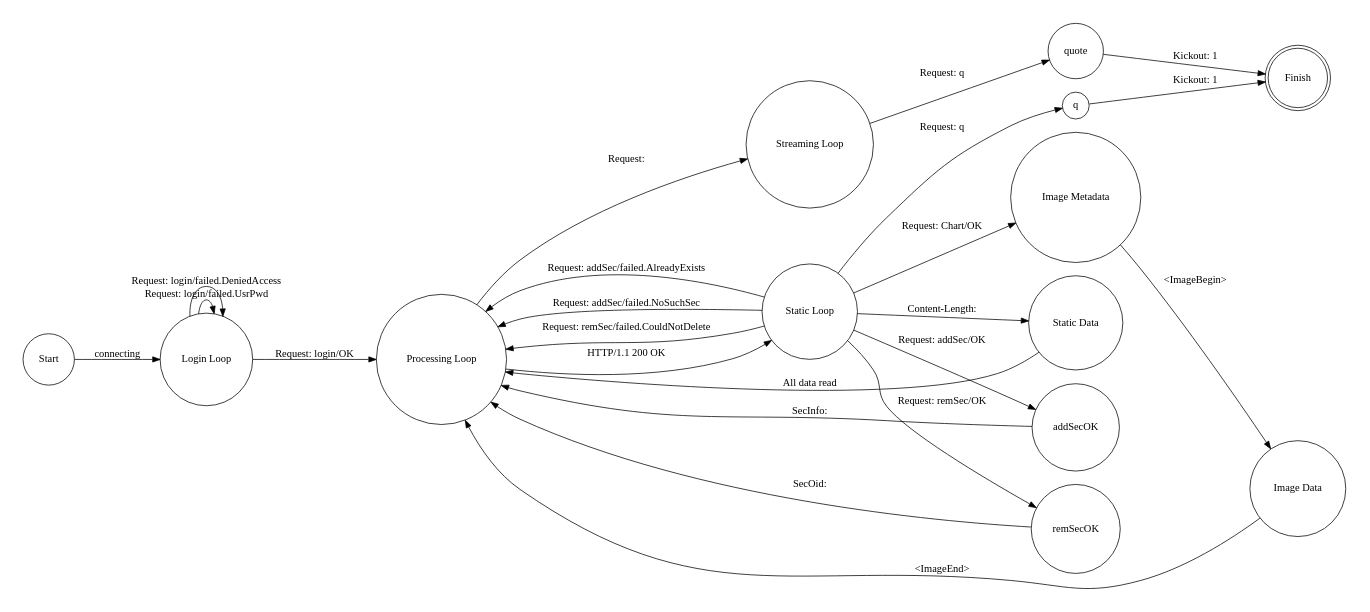
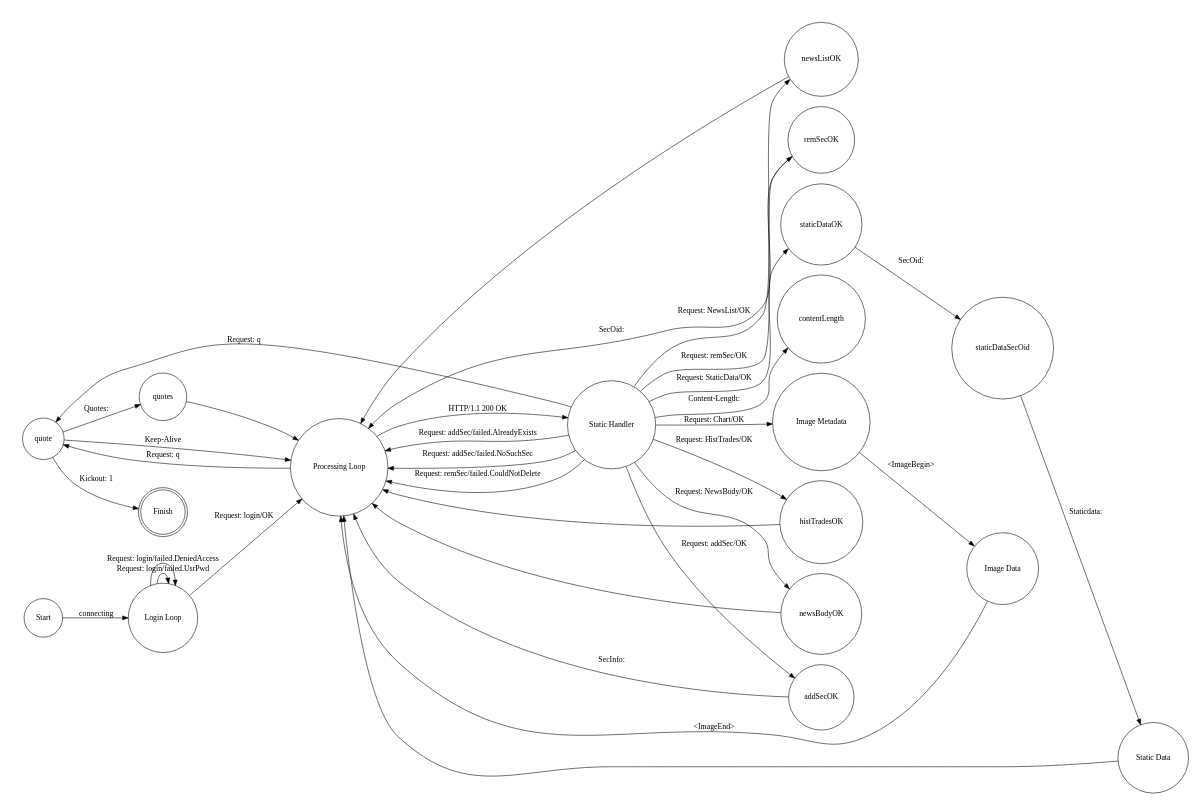
The diagram in development/iphone/iTrader/documentation/StateDiagram.dot (palmerc/lab), drawn with Graphviz before and after one commit. The commit also changed 8 other files, not shown here.

Commit message:
The continuing work to successfully handle the mTrader protocol. I drew a finite state diagram to help figure out what the valid transitions are and I started reworking the iTraderCommunicator to be an FSM. The result is a strategy that should be stable through the 1.0 release of iTrader.

```diff
--- a/development/iphone/iTrader/documentation/StateDiagram.dot
+++ b/development/iphone/iTrader/documentation/StateDiagram.dot
@@ -1,49 +1,62 @@
 digraph states {
-	size="7,6"
+	size="6,5"
 	rankdir=LR
     node [shape=doublecircle]
 	finish [label = "Finish"]
 	
 	node [shape=circle];
     start [label = "Start"];
 	login [label = "Login Loop"];
     processing [label = "Processing Loop"]
-	streaming [label = "Streaming Loop"]
-	static [label = "Static Loop"]
+	static [label = "Static Handler"]
 	staticData [label = "Static Data"]
 	imageMetadata [label = "Image Metadata"]
 	imageData [label = "Image Data"]
 
     start -> login [label = "connecting"]
     login -> processing [label = "Request: login/OK"]
 	login -> login [label = "Request: login/failed.UsrPwd"]
 	login -> login [label = "Request: login/failed.DeniedAccess"]
     
-	processing -> streaming [label = "Request:"]
+	processing -> quote [label = "Request: q"]
 	processing -> static [label = "HTTP/1.1 200 OK"]
-
-	streaming -> quote [label = "Request: q"]
 
 	static -> addSecOK [label = "Request: addSec/OK"]
 	static -> remSecOK [label = "Request: remSec/OK"]
+	static -> histTradesOK [label = "Request: HistTrades/OK"]
+	static -> newsBodyOK [label = "Request: NewsBody/OK"]
+	static -> newsListOK [label = "Request: NewsList/OK"]
 	static -> processing [label = "Request: addSec/failed.AlreadyExists"]
 	static -> processing [label = "Request: addSec/failed.NoSuchSec"]
 	static -> processing [label = "Request: remSec/failed.CouldNotDelete"]
 	static -> imageMetadata [label = "Request: Chart/OK"]
-	static -> q [label = "Request: q"]
-			
+	static -> quote [label = "Request: q"]
+	static -> staticDataOK [label = "Request: StaticData/OK"]
+	static -> contentLength [label = "Content-Length:"]
+	
+	quote -> processing [label = "Keep-Alive"]
+	quote -> quotes [label = "Quotes:"]
 	quote -> finish [label = "Kickout: 1"]
 	
+	quotes -> processing
+	
 	addSecOK -> processing [label = "SecInfo:"]
+	
 	remSecOK -> processing [label = "SecOid:"]
-		
+	
+	histTradesOK -> processing
+	
+	newsBodyOK -> processing
+	
+	newsListOK -> processing
+	
+	staticDataOK -> staticDataSecOid [label = "SecOid:"]
+	
 	imageMetadata ->imageData [label = "<ImageBegin>"]
 	
-	imageData -> processing [label = "<ImageEnd>"]	
-			
-	q -> finish [label = "Kickout: 1"]
+	imageData -> processing [label = "<ImageEnd>"]
+		
+	staticDataSecOid -> staticData [label = "Staticdata:"]
 	
-	static -> staticData [label = "Content-Length:"]
-	staticData -> processing [label = "All data read"]
-	
+	staticData -> processing
 }
```
